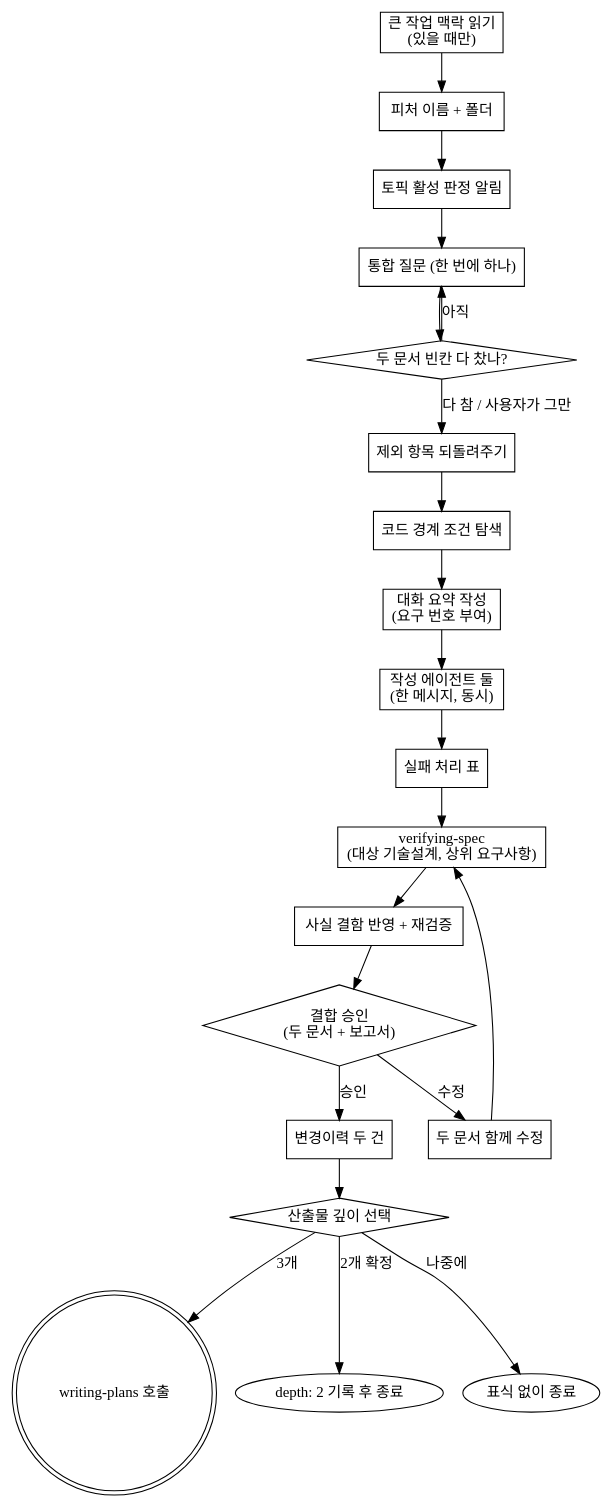
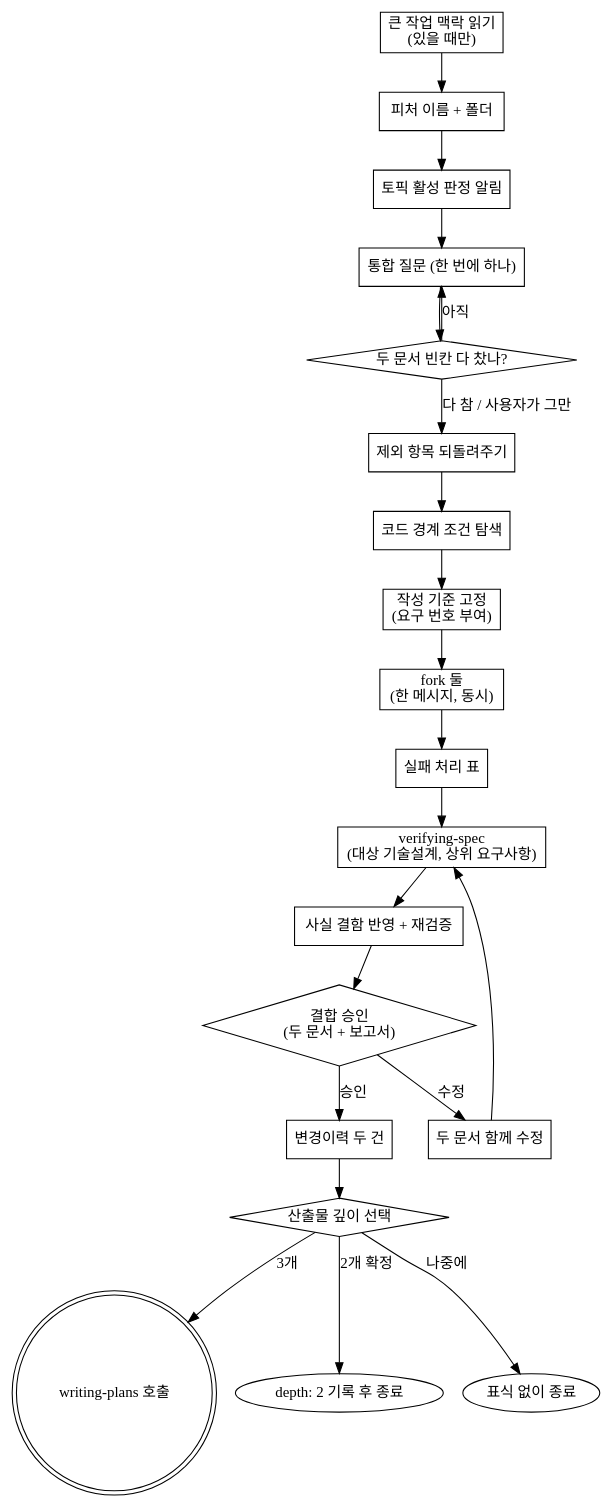
The diagram in skills/paired-spec-writing/SKILL.md (LonerStayle/js-super), drawn with Graphviz before and after one commit. The commit also changed other lines of this file and 2 other files, not shown here.

Commit message:
feat(paired-spec-writing): 빈 컨텍스트 작성자 → fork 작성자 (대화 요약 제거, 작성 기준 한 메시지)

````diff
--- a/skills/paired-spec-writing/SKILL.md
+++ b/skills/paired-spec-writing/SKILL.md
@@ -61,44 +61,44 @@
 ```dot
 digraph paired_spec_flow {
     "큰 작업 맥락 읽기\n(있을 때만)" [shape=box];
     "피처 이름 + 폴더" [shape=box];
     "토픽 활성 판정 알림" [shape=box];
     "통합 질문 (한 번에 하나)" [shape=box];
     "두 문서 빈칸 다 찼나?" [shape=diamond];
     "제외 항목 되돌려주기" [shape=box];
     "코드 경계 조건 탐색" [shape=box];
-    "대화 요약 작성\n(요구 번호 부여)" [shape=box];
-    "작성 에이전트 둘\n(한 메시지, 동시)" [shape=box];
+    "작성 기준 고정\n(요구 번호 부여)" [shape=box];
+    "fork 둘\n(한 메시지, 동시)" [shape=box];
     "실패 처리 표" [shape=box];
     "verifying-spec\n(대상 기술설계, 상위 요구사항)" [shape=box];
     "사실 결함 반영 + 재검증" [shape=box];
     "결합 승인\n(두 문서 + 보고서)" [shape=diamond];
     "두 문서 함께 수정" [shape=box];
     "변경이력 두 건" [shape=box];
     "산출물 깊이 선택" [shape=diamond];
     "writing-plans 호출" [shape=doublecircle];
     "depth: 2 기록 후 종료" [shape=oval];
     "표식 없이 종료" [shape=oval];
 
     "큰 작업 맥락 읽기\n(있을 때만)" -> "피처 이름 + 폴더";
     "피처 이름 + 폴더" -> "토픽 활성 판정 알림";
     "토픽 활성 판정 알림" -> "통합 질문 (한 번에 하나)";
     "통합 질문 (한 번에 하나)" -> "두 문서 빈칸 다 찼나?";
     "두 문서 빈칸 다 찼나?" -> "통합 질문 (한 번에 하나)" [label="아직"];
     "두 문서 빈칸 다 찼나?" -> "제외 항목 되돌려주기" [label="다 참 / 사용자가 그만"];
     "제외 항목 되돌려주기" -> "코드 경계 조건 탐색";
-    "코드 경계 조건 탐색" -> "대화 요약 작성\n(요구 번호 부여)";
-    "대화 요약 작성\n(요구 번호 부여)" -> "작성 에이전트 둘\n(한 메시지, 동시)";
-    "작성 에이전트 둘\n(한 메시지, 동시)" -> "실패 처리 표";
+    "코드 경계 조건 탐색" -> "작성 기준 고정\n(요구 번호 부여)";
+    "작성 기준 고정\n(요구 번호 부여)" -> "fork 둘\n(한 메시지, 동시)";
+    "fork 둘\n(한 메시지, 동시)" -> "실패 처리 표";
     "실패 처리 표" -> "verifying-spec\n(대상 기술설계, 상위 요구사항)";
     "verifying-spec\n(대상 기술설계, 상위 요구사항)" -> "사실 결함 반영 + 재검증";
     "사실 결함 반영 + 재검증" -> "결합 승인\n(두 문서 + 보고서)";
     "결합 승인\n(두 문서 + 보고서)" -> "두 문서 함께 수정" [label="수정"];
     "두 문서 함께 수정" -> "verifying-spec\n(대상 기술설계, 상위 요구사항)";
     "결합 승인\n(두 문서 + 보고서)" -> "변경이력 두 건" [label="승인"];
     "변경이력 두 건" -> "산출물 깊이 선택";
     "산출물 깊이 선택" -> "writing-plans 호출" [label="3개"];
     "산출물 깊이 선택" -> "depth: 2 기록 후 종료" [label="2개 확정"];
     "산출물 깊이 선택" -> "표식 없이 종료" [label="나중에"];
 }
 ```
````
